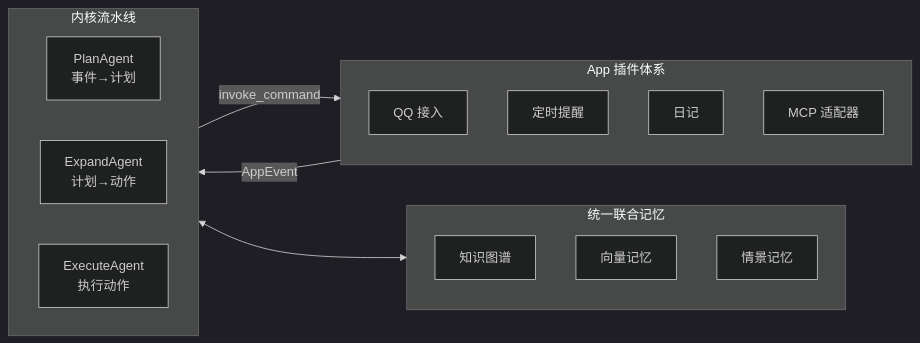
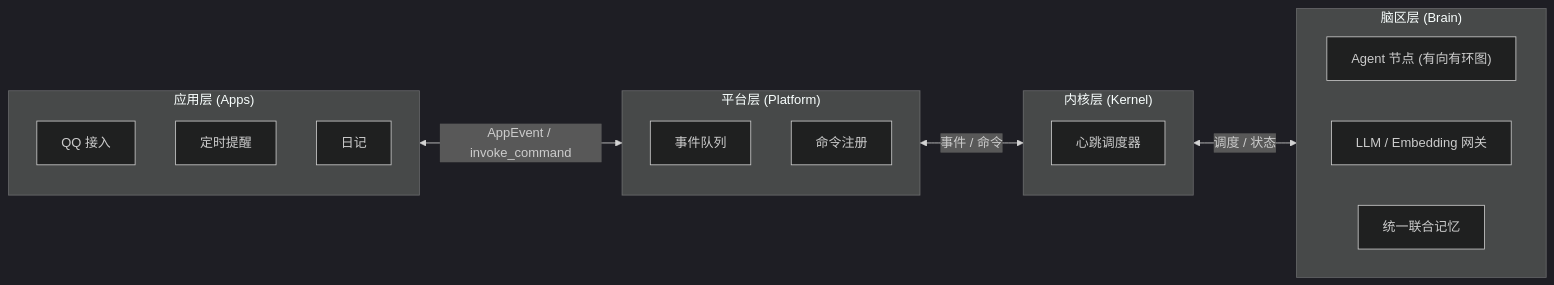
Before and after one commit to JuFireX/AuroraBot: the diagram in README.md, drawn with Mermaid (dark theme). The commit also changed other lines of this file and 1 other file, not shown here.

````diff
--- a/README.md
+++ b/README.md
@@ -33,26 +34,28 @@
 ```mermaid
 flowchart LR
-    subgraph APPS["App 插件体系"]
+    subgraph APPS["应用层 (Apps)"]
         QQ["QQ 接入"]
         ALARM["定时提醒"]
         DIARY["日记"]
-        MCP["MCP 适配器"]
     end
 
-    subgraph KERNEL["内核流水线"]
-        direction LR
-        PLAN["PlanAgent\n事件→计划"]
-        EXPAND["ExpandAgent\n计划→动作"]
-        EXEC["ExecuteAgent\n执行动作"]
+    subgraph PLATFORM["平台层 (Platform)"]
+        EVENTS["事件队列"]
+        CMDS["命令注册"]
     end
 
-    subgraph MEMORY["统一联合记忆"]
-        GRAPH["知识图谱"]
-        VEC["向量记忆"]
-        EPISODE["情景记忆"]
+    subgraph KERNEL["内核层 (Kernel)"]
+        SCHEDULER["心跳调度器"]
     end
 
-    APPS -->|"AppEvent"| KERNEL
-    KERNEL -->|"invoke_command"| APPS
-    KERNEL <--> MEMORY
+    subgraph BRAIN["脑区层 (Brain)"]
+        direction LR
+        NODES["Agent 节点 (有向有环图)"]
+        GATEWAY["LLM / Embedding 网关"]
+        MEMORY["统一联合记忆"]
+    end
+
+    APPS <-->|"AppEvent / invoke_command"| PLATFORM
+    PLATFORM <-->|"事件 / 命令"| KERNEL
+    KERNEL <-->|"调度 / 状态"| BRAIN
 ```
````
